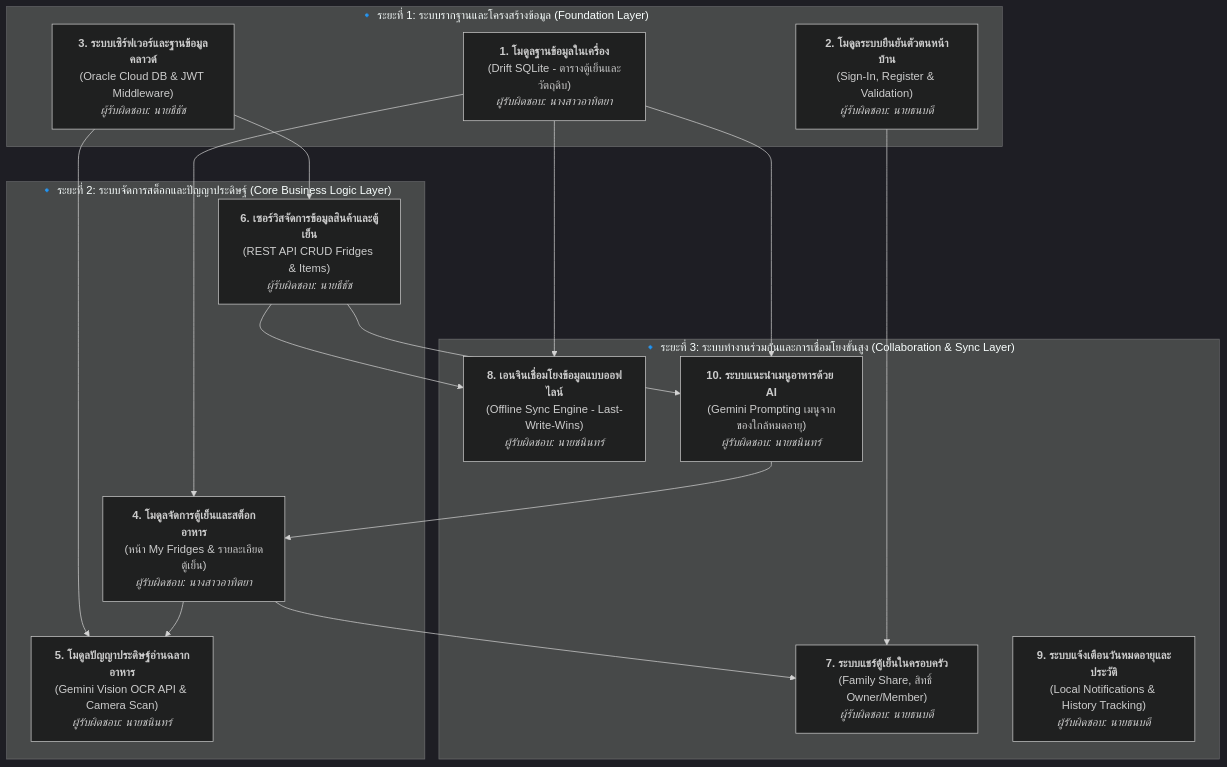
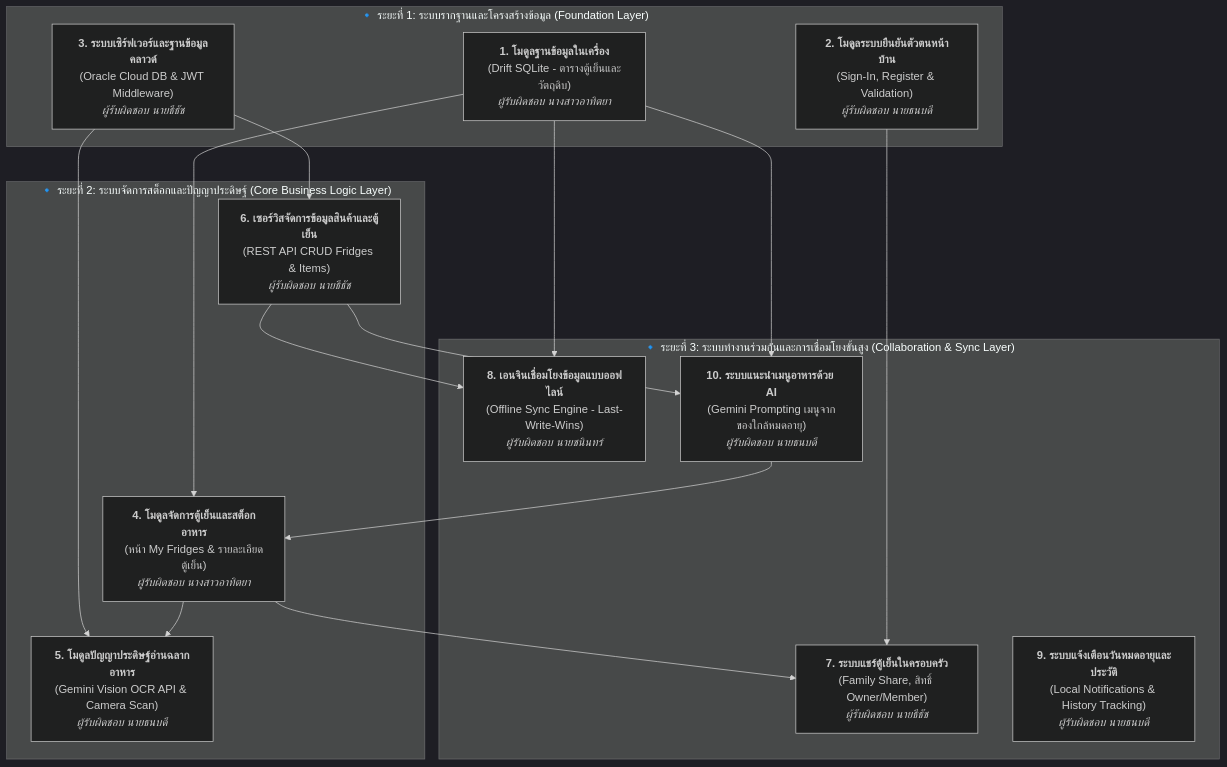
The second of 2 diagrams in docs/TASKS.md (Tanabordi/FM-EAA), drawn with Mermaid (dark theme) before and after one commit. The commit also changed other lines of this file, not shown here.

````diff
--- a/docs/TASKS.md
+++ b/docs/TASKS.md
@@ -43,33 +43,33 @@
 ```mermaid
 flowchart TD
     subgraph P1 ["🔹 ระยะที่ 1: ระบบรากฐานและโครงสร้างข้อมูล (Foundation Layer)"]
-        M_LocalDB["<b>1. โมดูลฐานข้อมูลในเครื่อง</b><br/>(Drift SQLite - ตารางตู้เย็นและวัตถุดิบ)<br/><i>ผู้รับผิดชอบ: นางสาวอาทิตยา</i>"]
-        M_AuthFlow["<b>2. โมดูลระบบยืนยันตัวตนหน้าบ้าน</b><br/>(Sign-In, Register & Validation)<br/><i>ผู้รับผิดชอบ: นายธนบดี</i>"]
-        M_BackendCore["<b>3. ระบบเซิร์ฟเวอร์และฐานข้อมูลคลาวด์</b><br/>(Oracle Cloud DB & JWT Middleware)<br/><i>ผู้รับผิดชอบ: นายธีธัช</i>"]
+        M_LocalDB["<b>1. โมดูลฐานข้อมูลในเครื่อง</b><br/>(Drift SQLite - ตารางตู้เย็นและวัตถุดิบ)<br/><i>ผู้รับผิดชอบ นางสาวอาทิตยา</i>"]
+        M_AuthFlow["<b>2. โมดูลระบบยืนยันตัวตนหน้าบ้าน</b><br/>(Sign-In, Register & Validation)<br/><i>ผู้รับผิดชอบ นายธนบดี</i>"]
+        M_BackendCore["<b>3. ระบบเซิร์ฟเวอร์และฐานข้อมูลคลาวด์</b><br/>(Oracle Cloud DB & JWT Middleware)<br/><i>ผู้รับผิดชอบ นายธีธัช</i>"]
     end
 
     subgraph P2 ["🔹 ระยะที่ 2: ระบบจัดการสต็อกและปัญญาประดิษฐ์ (Core Business Logic Layer)"]
-        M_FridgeUI["<b>4. โมดูลจัดการตู้เย็นและสต็อกอาหาร</b><br/>(หน้า My Fridges & รายละเอียดตู้เย็น)<br/><i>ผู้รับผิดชอบ: นางสาวอาทิตยา</i>"]
-        M_AIScan["<b>5. โมดูลปัญญาประดิษฐ์อ่านฉลากอาหาร</b><br/>(Gemini Vision OCR API & Camera Scan)<br/><i>ผู้รับผิดชอบ: นายชนินทร์</i>"]
-        M_BackendCRUD["<b>6. เซอร์วิสจัดการข้อมูลสินค้าและตู้เย็น</b><br/>(REST API CRUD Fridges & Items)<br/><i>ผู้รับผิดชอบ: นายธีธัช</i>"]
+        M_FridgeUI["<b>4. โมดูลจัดการตู้เย็นและสต็อกอาหาร</b><br/>(หน้า My Fridges & รายละเอียดตู้เย็น)<br/><i>ผู้รับผิดชอบ นางสาวอาทิตยา</i>"]
+        M_AIScan["<b>5. โมดูลปัญญาประดิษฐ์อ่านฉลากอาหาร</b><br/>(Gemini Vision OCR API & Camera Scan)<br/><i>ผู้รับผิดชอบ นายธนบดี</i>"]
+        M_BackendCRUD["<b>6. เซอร์วิสจัดการข้อมูลสินค้าและตู้เย็น</b><br/>(REST API CRUD Fridges & Items)<br/><i>ผู้รับผิดชอบ นายธีธัช</i>"]
     end
 
     subgraph P3 ["🔹 ระยะที่ 3: ระบบทำงานร่วมกันและการเชื่อมโยงขั้นสูง (Collaboration & Sync Layer)"]
-        M_Family["<b>7. ระบบแชร์ตู้เย็นในครอบครัว</b><br/>(Family Share, สิทธิ์ Owner/Member)<br/><i>ผู้รับผิดชอบ: นายธนบดี</i>"]
-        M_Sync["<b>8. เอนจินเชื่อมโยงข้อมูลแบบออฟไลน์</b><br/>(Offline Sync Engine - Last-Write-Wins)<br/><i>ผู้รับผิดชอบ: นายชนินทร์</i>"]
-        M_Noti["<b>9. ระบบแจ้งเตือนวันหมดอายุและประวัติ</b><br/>(Local Notifications & History Tracking)<br/><i>ผู้รับผิดชอบ: นายธนบดี</i>"]
-        M_AIRecipe["<b>10. ระบบแนะนำเมนูอาหารด้วย AI</b><br/>(Gemini Prompting เมนูจากของใกล้หมดอายุ)<br/><i>ผู้รับผิดชอบ: นายชนินทร์</i>"]
+        M_Family["<b>7. ระบบแชร์ตู้เย็นในครอบครัว</b><br/>(Family Share, สิทธิ์ Owner/Member)<br/><i>ผู้รับผิดชอบ นายธีธัช</i>"]
+        M_Sync["<b>8. เอนจินเชื่อมโยงข้อมูลแบบออฟไลน์</b><br/>(Offline Sync Engine - Last-Write-Wins)<br/><i>ผู้รับผิดชอบ นายชนินทร์</i>"]
+        M_Noti["<b>9. ระบบแจ้งเตือนวันหมดอายุและประวัติ</b><br/>(Local Notifications & History Tracking)<br/><i>ผู้รับผิดชอบ นายธนบดี</i>"]
+        M_AIRecipe["<b>10. ระบบแนะนำเมนูอาหารด้วย AI</b><br/>(Gemini Prompting เมนูจากของใกล้หมดอายุ)<br/><i>ผู้รับผิดชอบ นายธนบดี</i>"]
     end
 
     M_LocalDB --> M_FridgeUI
     M_AuthFlow --> M_Family
     M_BackendCore --> M_AIScan
     M_BackendCore --> M_BackendCRUD
     M_FridgeUI --> M_AIScan
     M_FridgeUI --> M_Family
     M_BackendCRUD --> M_Sync
     M_LocalDB --> M_Sync
     M_LocalDB --> M_AIRecipe
     M_BackendCRUD --> M_AIRecipe
     M_AIRecipe --> M_FridgeUI
 ```
````
